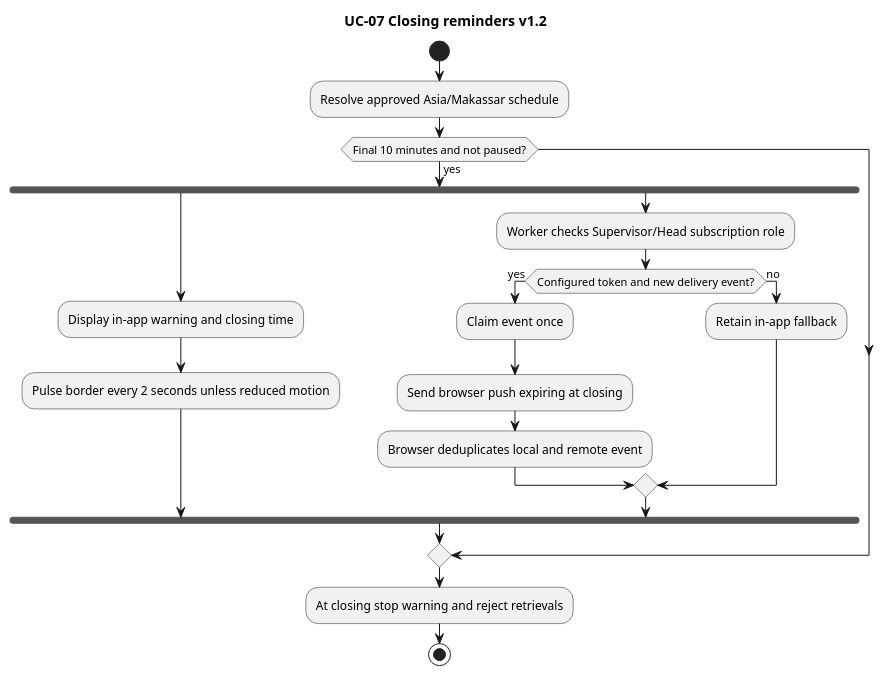
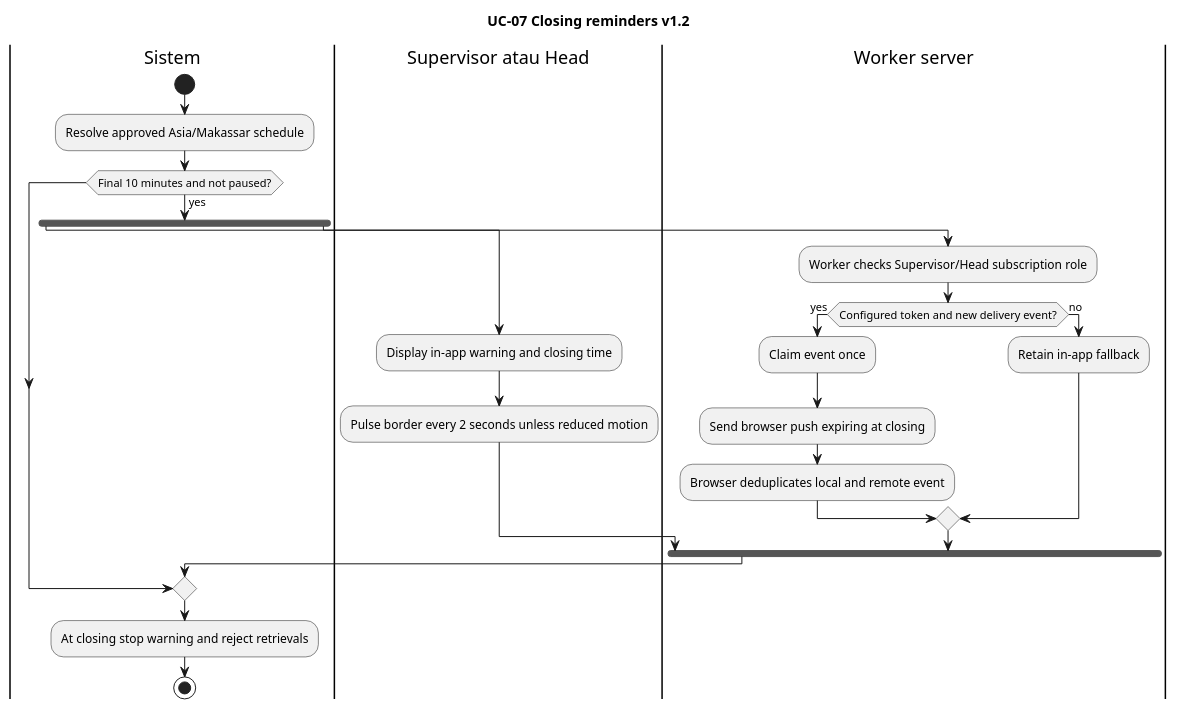
One commit to deedisini/santap-react changed the diagram in docs/models/SANTAP_V1_2_CLOSING_ACTIVITY.puml. Above: the diagram before and after it, drawn with PlantUML. The commit also changed 87 other files, not shown here.

```diff
--- a/docs/models/SANTAP_V1_2_CLOSING_ACTIVITY.puml
+++ b/docs/models/SANTAP_V1_2_CLOSING_ACTIVITY.puml
@@ -1,22 +1,26 @@
 @startuml
 title UC-07 Closing reminders v1.2
+|Sistem|
 start
 :Resolve approved Asia/Makassar schedule;
 if (Final 10 minutes and not paused?) then (yes)
   fork
+    |Supervisor atau Head|
     :Display in-app warning and closing time;
     :Pulse border every 2 seconds unless reduced motion;
   fork again
+    |Worker server|
     :Worker checks Supervisor/Head subscription role;
     if (Configured token and new delivery event?) then (yes)
       :Claim event once;
       :Send browser push expiring at closing;
       :Browser deduplicates local and remote event;
     else (no)
       :Retain in-app fallback;
     endif
   end fork
 endif
+|Sistem|
 :At closing stop warning and reject retrievals;
 stop
 @enduml
```
